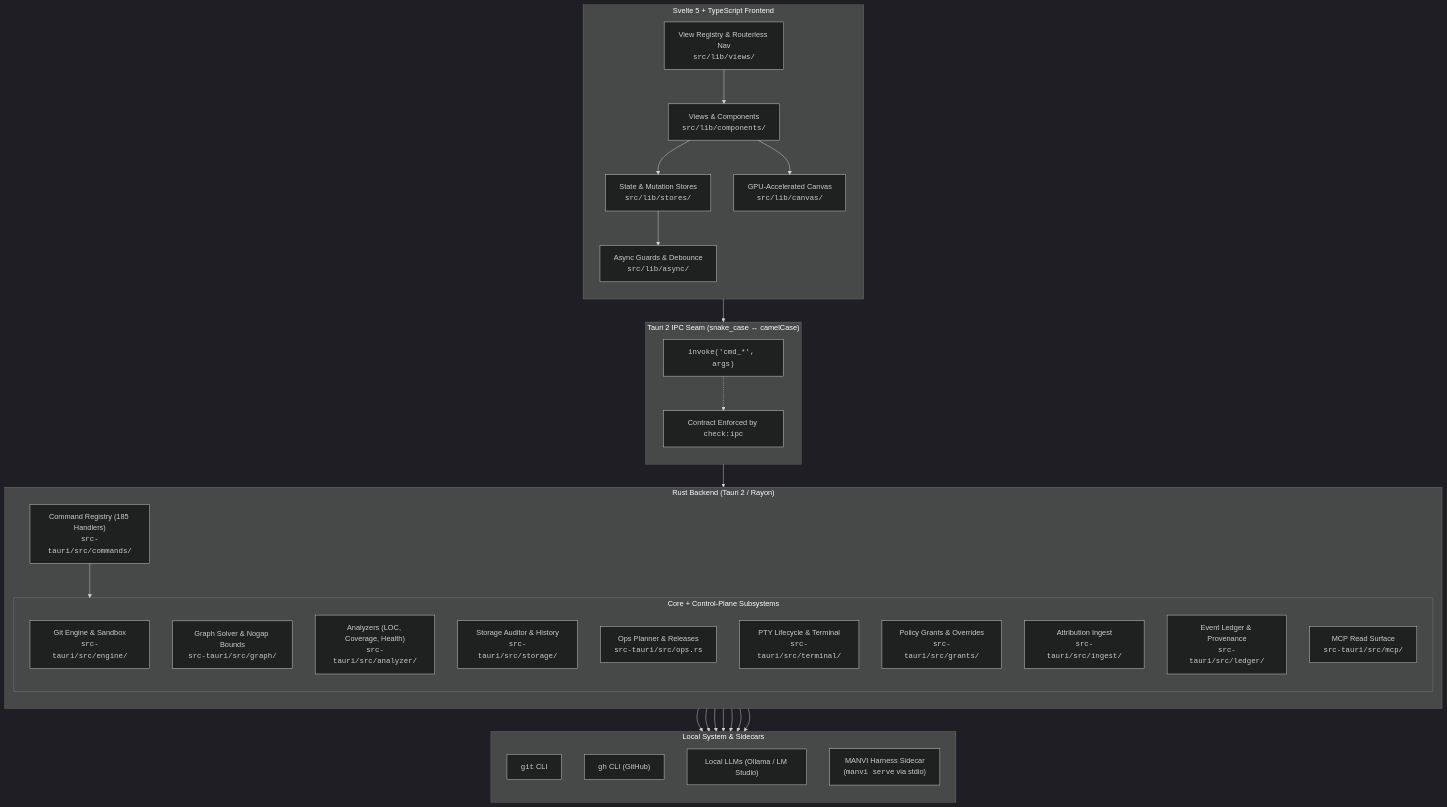
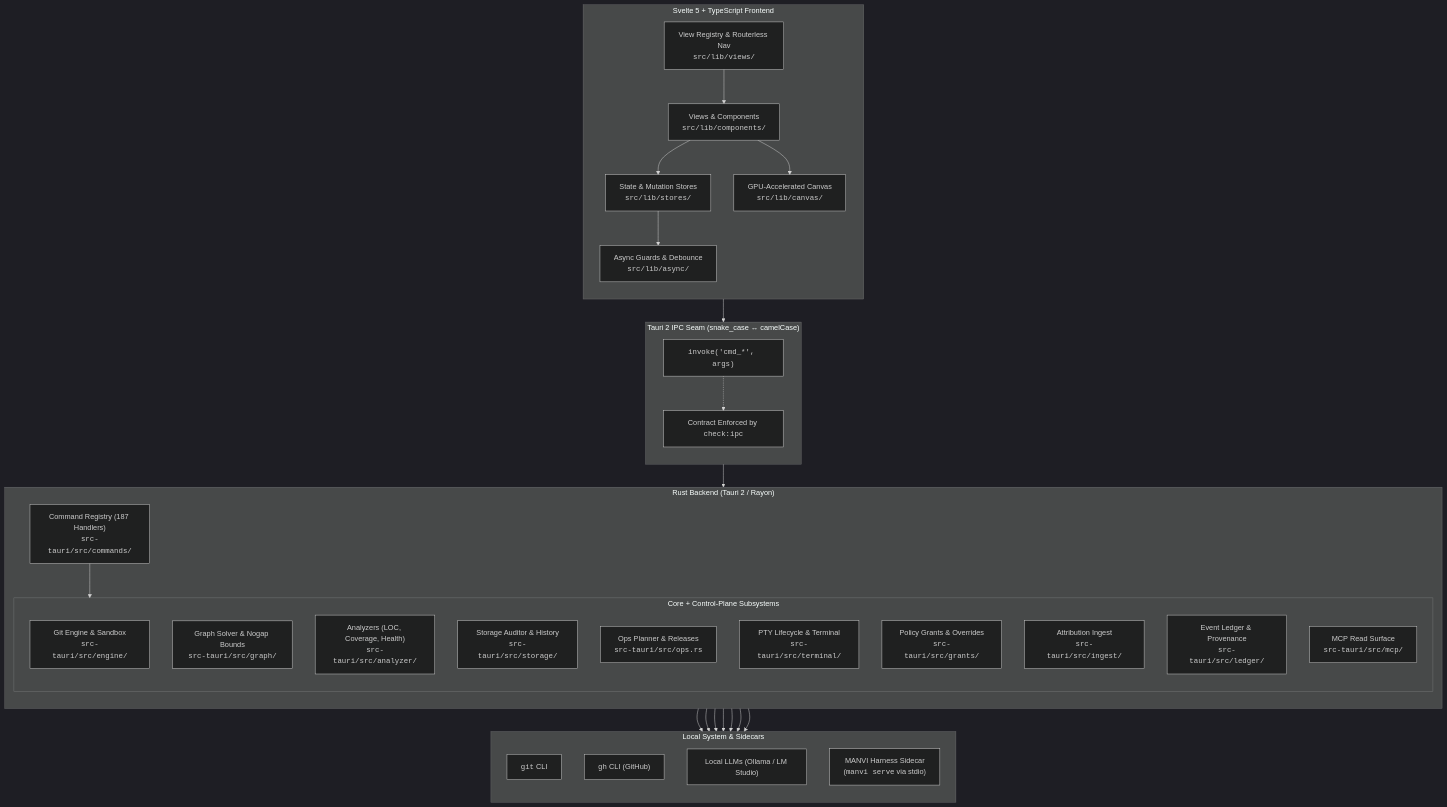
The first of 4 diagrams in docs/ARCHITECTURE.md (bharathvbcr/GitPulse), drawn with Mermaid (dark theme) before and after one commit. The commit also changed other lines of this file and 179 other files, not shown here.

````diff
--- a/docs/ARCHITECTURE.md
+++ b/docs/ARCHITECTURE.md
@@ -5,61 +5,61 @@
 ```mermaid
 flowchart TB
     subgraph Frontend["Svelte 5 + TypeScript Frontend"]
         direction TB
         UI["Views & Components<br/><code>src/lib/components/</code>"]
         Stores["State & Mutation Stores<br/><code>src/lib/stores/</code>"]
         Registry["View Registry & Routerless Nav<br/><code>src/lib/views/</code>"]
         Canvas["GPU-Accelerated Canvas<br/><code>src/lib/canvas/</code>"]
         Async["Async Guards & Debounce<br/><code>src/lib/async/</code>"]
         
         UI --> Stores
         UI --> Canvas
         Stores --> Async
         Registry --> UI
     end
 
     subgraph IPC["Tauri 2 IPC Seam (snake_case ↔ camelCase)"]
         direction TB
         Invoke["<code>invoke('cmd_*', args)</code>"]
         ContractCheck["Contract Enforced by <code>check:ipc</code>"]
         Invoke -.-> ContractCheck
     end
 
     subgraph Backend["Rust Backend (Tauri 2 / Rayon)"]
         direction TB
-        CmdRegistry["Command Registry (185 Handlers)<br/><code>src-tauri/src/commands/</code>"]
+        CmdRegistry["Command Registry (187 Handlers)<br/><code>src-tauri/src/commands/</code>"]
         
         subgraph Subsystems["Core + Control-Plane Subsystems"]
             GitEngine["Git Engine & Sandbox<br/><code>src-tauri/src/engine/</code>"]
             GraphSolver["Graph Solver & Nogap Bounds<br/><code>src-tauri/src/graph/</code>"]
             Analyzers["Analyzers (LOC, Coverage, Health)<br/><code>src-tauri/src/analyzer/</code>"]
             StorageAuditor["Storage Auditor & History<br/><code>src-tauri/src/storage/</code>"]
             OpsPlanner["Ops Planner & Releases<br/><code>src-tauri/src/ops.rs</code>"]
             PtyTerminal["PTY Lifecycle & Terminal<br/><code>src-tauri/src/terminal/</code>"]
             Grants["Policy Grants & Overrides<br/><code>src-tauri/src/grants/</code>"]
             Ingest["Attribution Ingest<br/><code>src-tauri/src/ingest/</code>"]
             Ledger["Event Ledger & Provenance<br/><code>src-tauri/src/ledger/</code>"]
             MCP["MCP Read Surface<br/><code>src-tauri/src/mcp/</code>"]
         end
         
         CmdRegistry --> Subsystems
     end
 
     subgraph External["Local System & Sidecars"]
         direction TB
         LocalGit["<code>git</code> CLI"]
         LocalGh["<code>gh</code> CLI (GitHub)"]
         LocalLLM["Local LLMs (Ollama / LM Studio)"]
         ManviSidecar["MANVI Harness Sidecar<br/>(<code>manvi serve</code> via stdio)"]
     end
 
     Async --> Invoke
     Invoke --> CmdRegistry
     GitEngine --> LocalGit
     Analyzers --> LocalGit
     Analyzers --> LocalGh
     Analyzers --> LocalLLM
     OpsPlanner --> LocalGh
     OpsPlanner --> ManviSidecar
     Subsystems --> ManviSidecar
 ```
````
